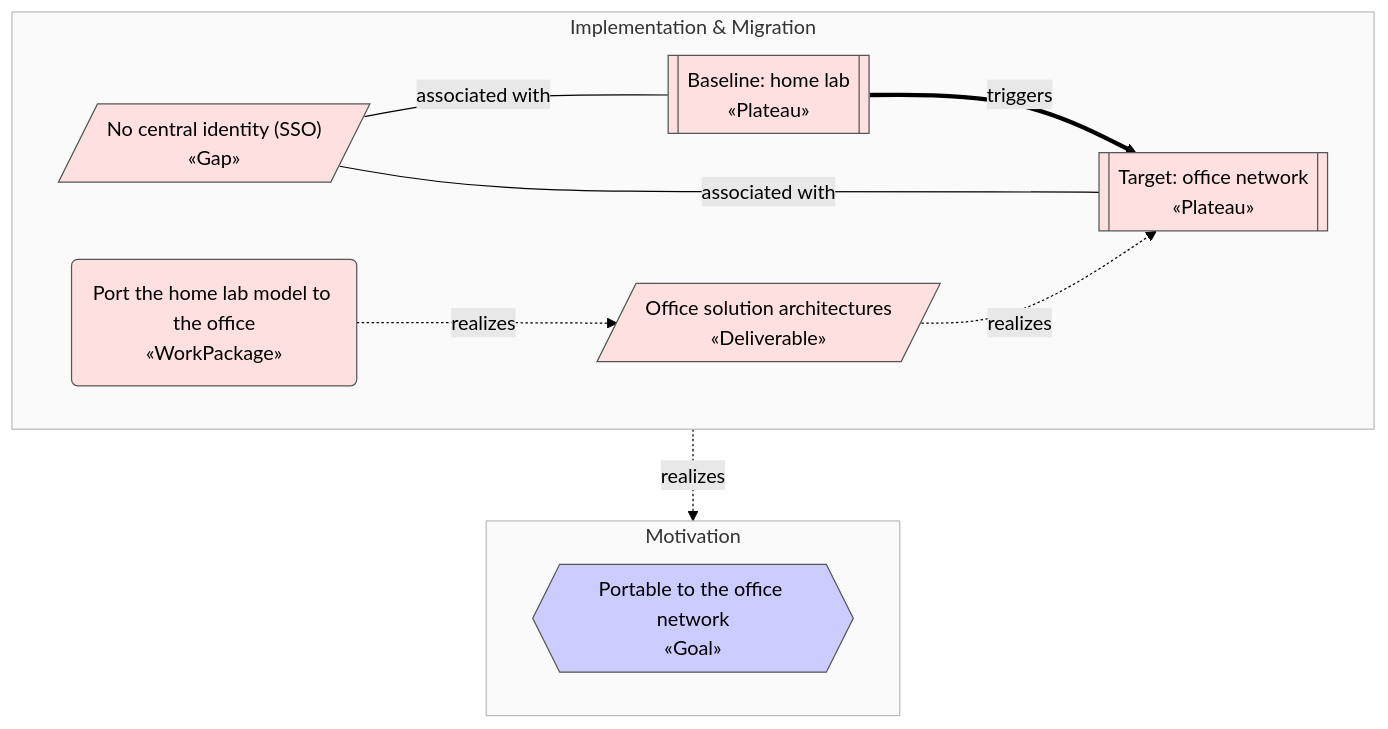
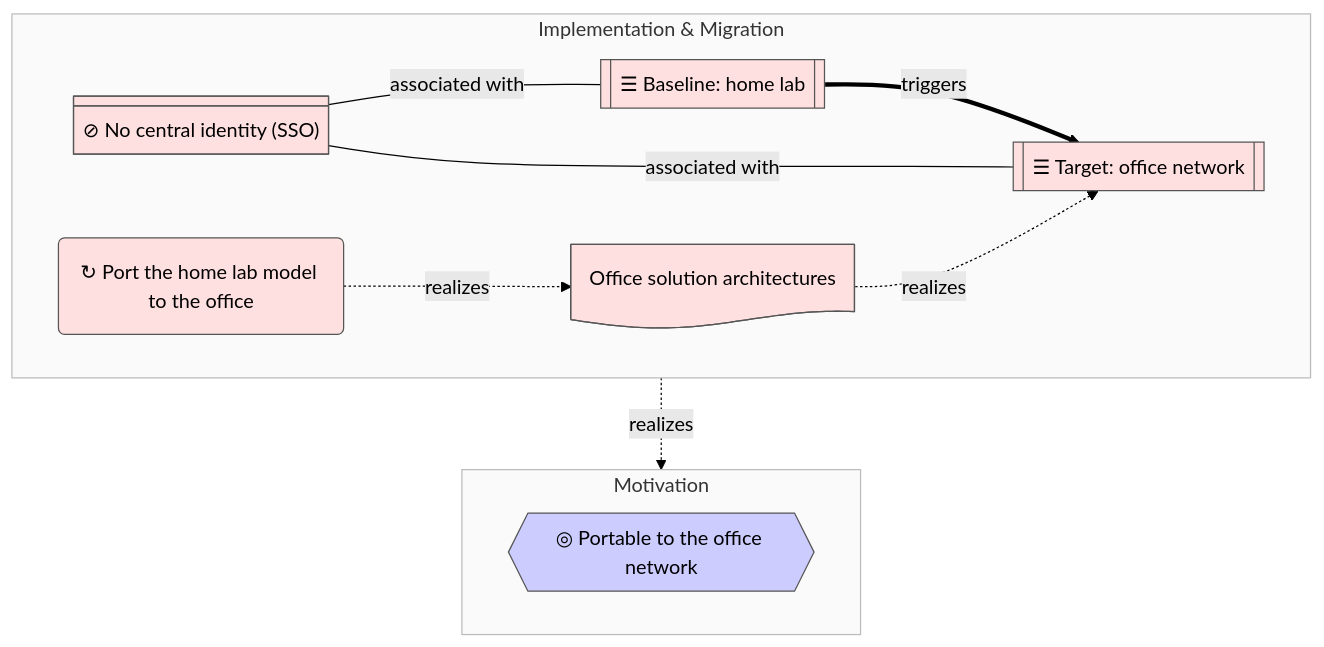
The diagram in docs/enterprise/view-migration.md (b-zig/a4m), drawn with Mermaid (forest theme) before and after one commit. The commit also changed other lines of this file and 15 other files, not shown here.

First line of the commit message:
Approximate ArchiMate notation in Mermaid flowcharts

````diff
--- a/docs/enterprise/view-migration.md
+++ b/docs/enterprise/view-migration.md
@@ -6,27 +6,27 @@
 ```mermaid
 flowchart TB
   subgraph layer_motivation["Motivation"]
     direction LR
-    mot_goal_portable{{"Portable to the office network<br/>«Goal»"}}
+    mot_goal_portable@{ shape: hex, label: "◎ Portable to the office network" }
   end
   subgraph layer_implementation["Implementation & Migration"]
     direction LR
-    impl_plateau_homelab[["Baseline: home lab<br/>«Plateau»"]]
-    impl_plateau_office[["Target: office network<br/>«Plateau»"]]
-    impl_gap_identity[/"No central identity (SSO)<br/>«Gap»"/]
-    impl_wp_office("Port the home lab model to the office<br/>«WorkPackage»")
-    impl_del_office_model[/"Office solution architectures<br/>«Deliverable»"/]
+    impl_plateau_homelab@{ shape: fr-rect, label: "☰ Baseline: home lab" }
+    impl_plateau_office@{ shape: fr-rect, label: "☰ Target: office network" }
+    impl_gap_identity@{ shape: div-rect, label: "⊘ No central identity (SSO)" }
+    impl_wp_office@{ shape: rounded, label: "↻ Port the home lab model to the office" }
+    impl_del_office_model@{ shape: doc, label: "Office solution architectures" }
   end
   impl_plateau_homelab ==>|"triggers"| impl_plateau_office
   impl_gap_identity ---|"associated with"| impl_plateau_homelab
   impl_gap_identity ---|"associated with"| impl_plateau_office
   impl_wp_office -.->|"realizes"| impl_del_office_model
   impl_del_office_model -.->|"realizes"| impl_plateau_office
   impl_wp_office -.->|"realizes"| mot_goal_portable
   classDef motivation fill:#CCCCFF,stroke:#555,color:#000
   class mot_goal_portable motivation
   style layer_motivation fill:#fafafa,stroke:#bbb
   classDef implementation fill:#FFE0E0,stroke:#555,color:#000
   class impl_plateau_homelab,impl_plateau_office,impl_gap_identity,impl_wp_office,impl_del_office_model implementation
   style layer_implementation fill:#fafafa,stroke:#bbb
 ```
````
